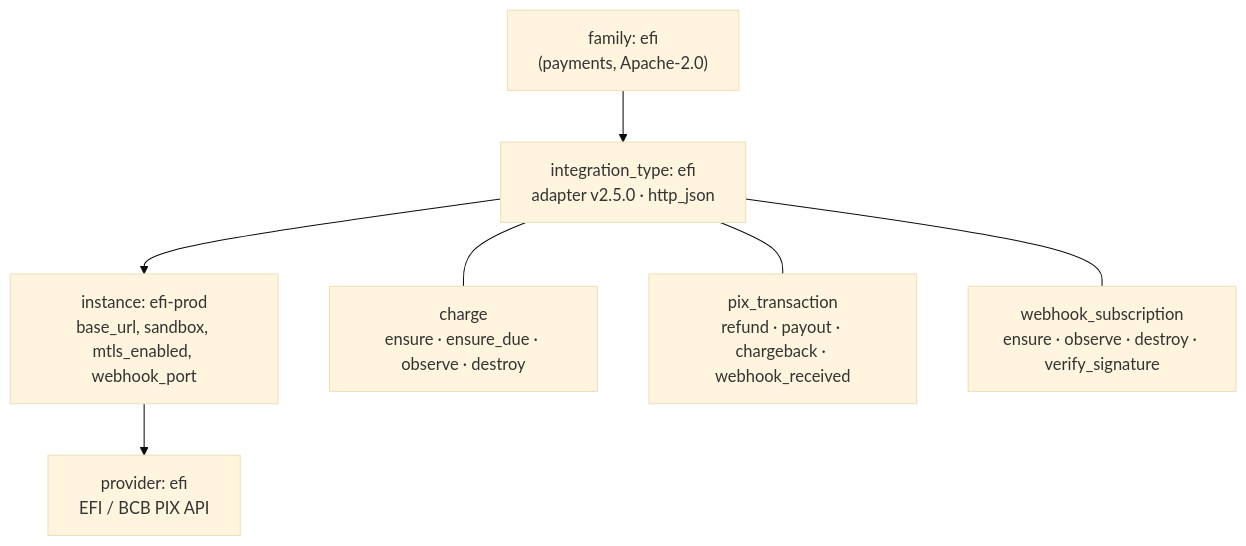
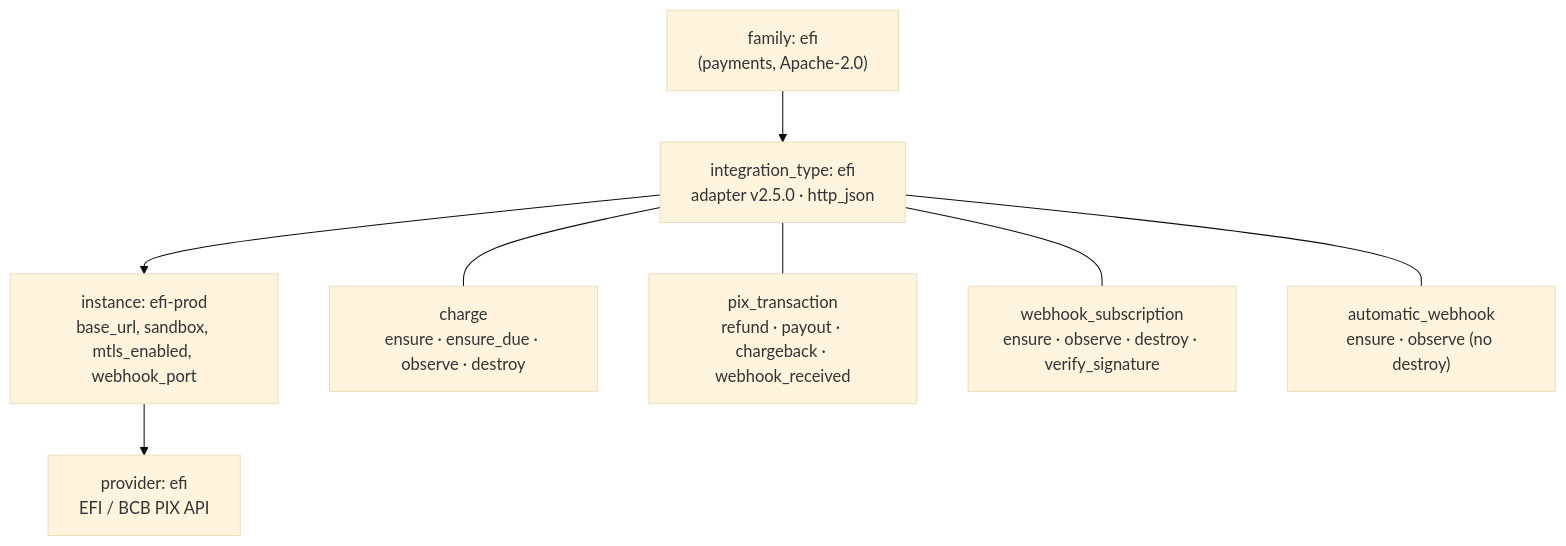
One commit to dakasa-yggdrasil/integration-efi changed the second of 3 diagrams in README.md. Above: the diagram before and after it, drawn with Mermaid (base theme). The commit also changed other lines of this file and 5 other files, not shown here.

Commit message:
📝 Document the automatic webhook capabilities

````diff
--- a/README.md
+++ b/README.md
@@ -73,12 +73,13 @@
 ```mermaid
 flowchart TD
   fam["family: efi<br/>(payments, Apache-2.0)"]
   typ["integration_type: efi<br/>adapter v2.5.0 · http_json"]
   inst["instance: efi-prod<br/>base_url, sandbox, mtls_enabled, webhook_port"]
   prov["provider: efi<br/>EFI / BCB PIX API"]
   fam --> typ --> inst --> prov
 
   typ --- rt1["charge<br/>ensure · ensure_due · observe · destroy"]
   typ --- rt2["pix_transaction<br/>refund · payout · chargeback · webhook_received"]
   typ --- rt3["webhook_subscription<br/>ensure · observe · destroy · verify_signature"]
+  typ --- rt4["automatic_webhook<br/>ensure · observe (no destroy)"]
 ```
````
